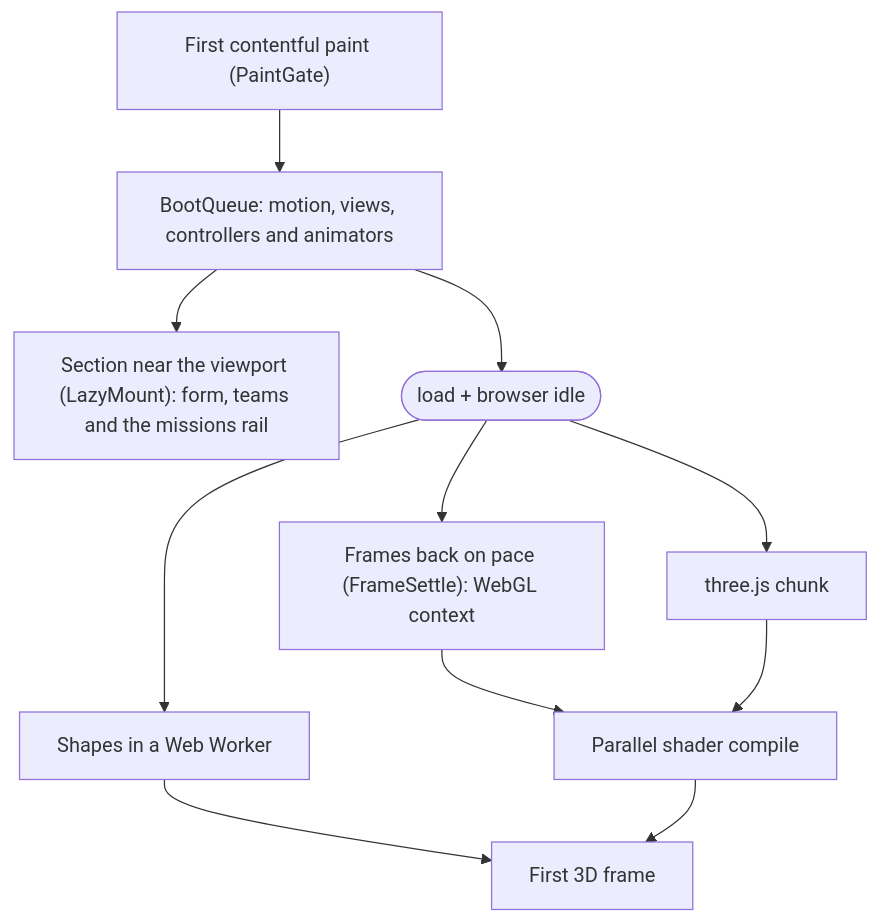
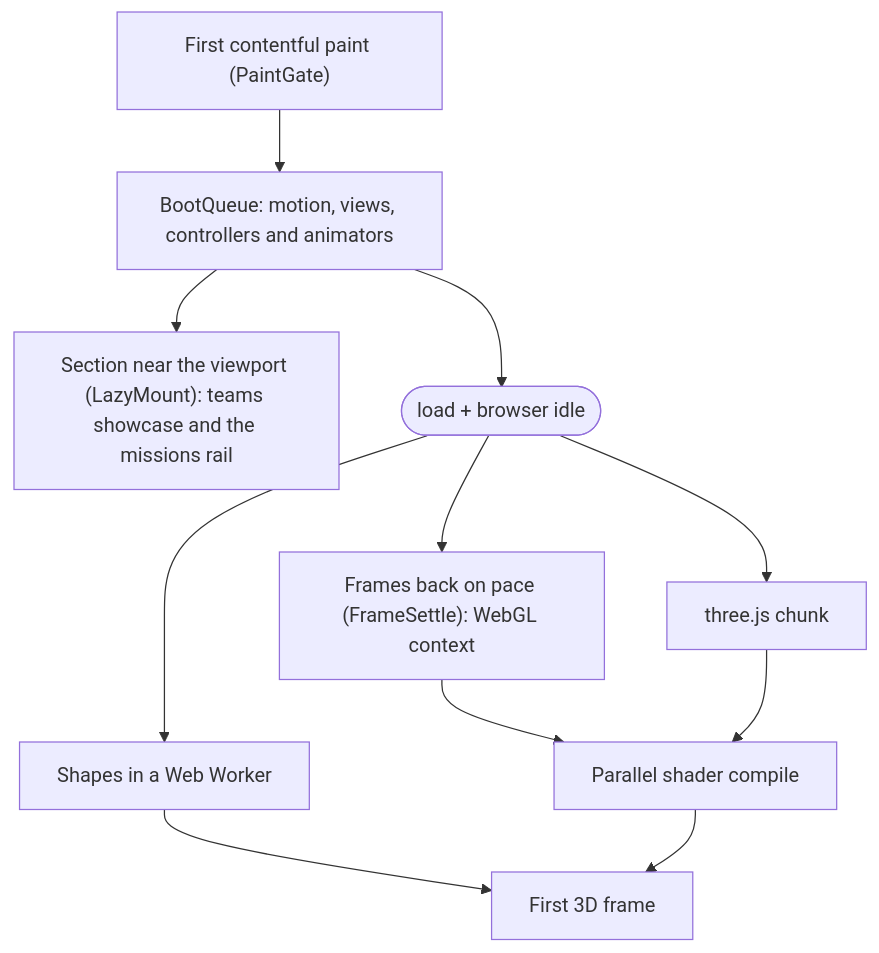
Before and after one commit to Marcos-Codfy/lp-hackarun: the second of 2 diagrams in README.en.md, drawn with Mermaid. The commit also changed other lines of this file and 13 other files, not shown here.

````diff
--- a/README.en.md
+++ b/README.en.md
@@ -189,13 +190,13 @@
 ```mermaid
 flowchart TB
   P["First contentful paint (PaintGate)"] --> B["BootQueue: motion, views, controllers and animators"]
-  B --> Z["Section near the viewport (LazyMount): form, teams and the missions rail"]
+  B --> Z["Section near the viewport (LazyMount): teams showcase and the missions rail"]
   B --> L(["load + browser idle"])
   L --> X["three.js chunk"]
   L --> W["Shapes in a Web Worker"]
   L --> F["Frames back on pace (FrameSettle): WebGL context"]
   F --> S["Parallel shader compile"]
   X --> S
   W --> R["First 3D frame"]
   S --> R
 ```
````
